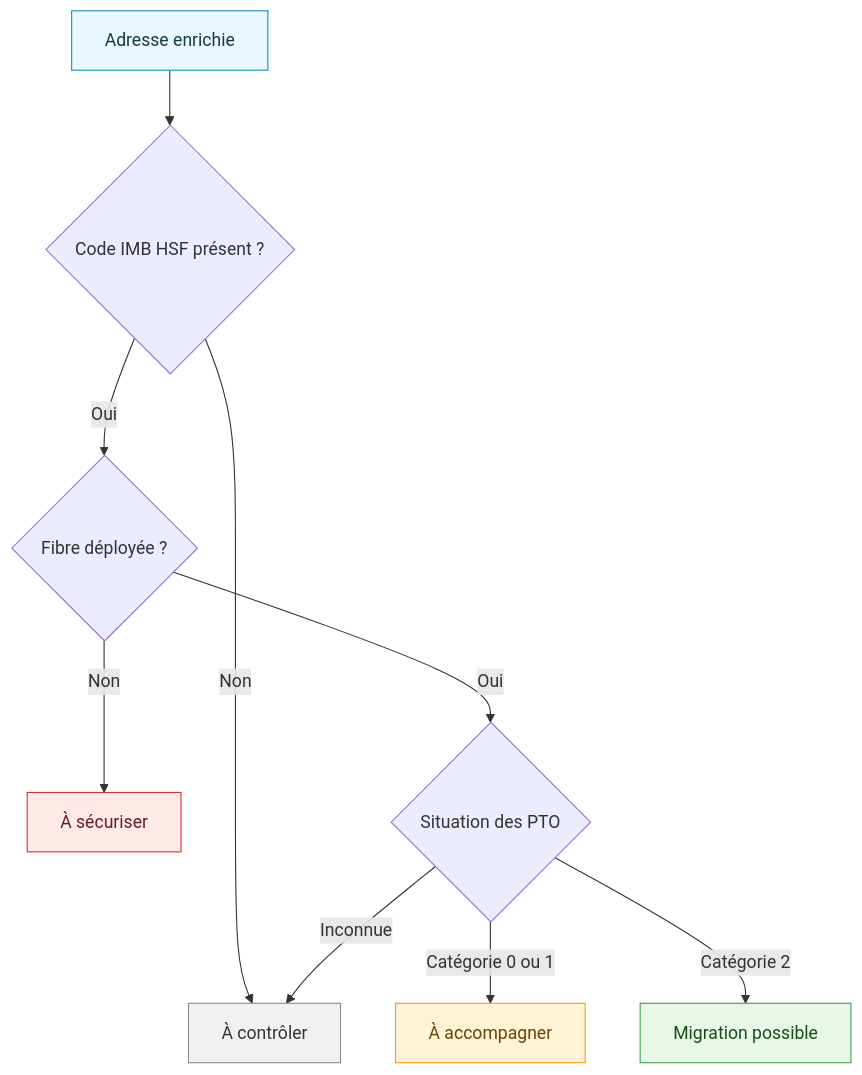
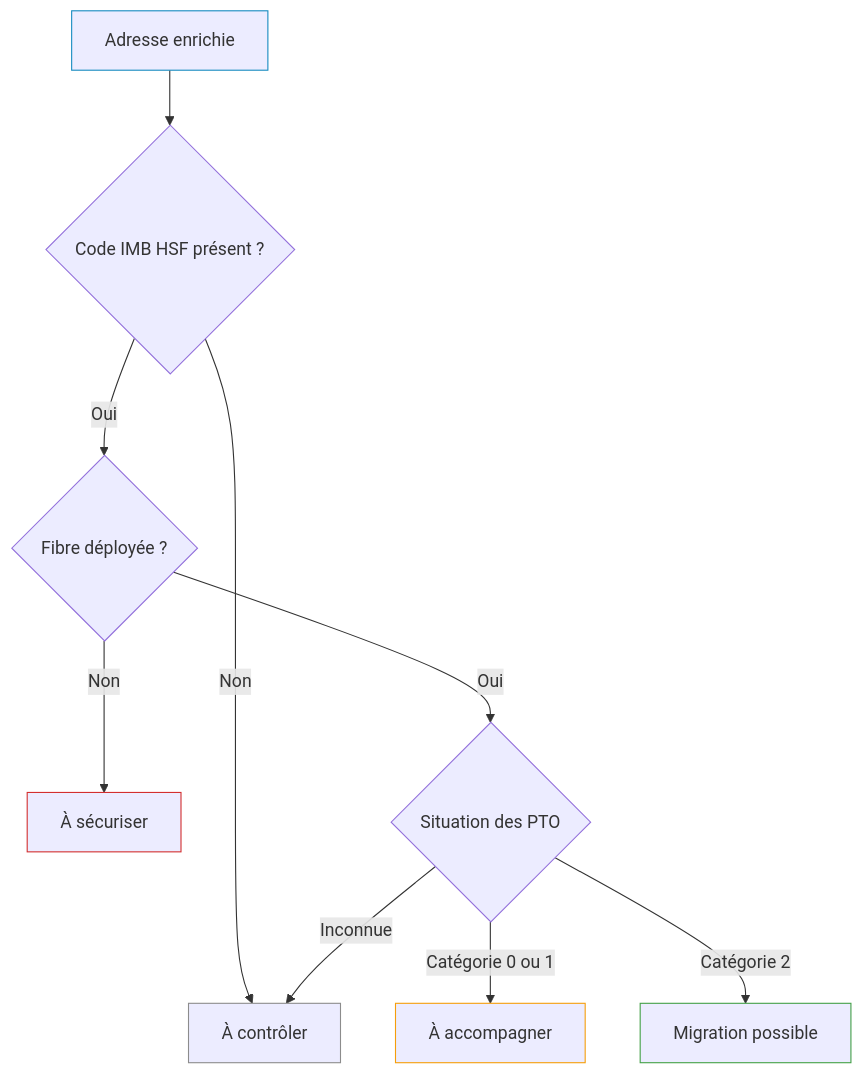
One commit to erw-1/hsn-docs changed the third of 3 diagrams in content/portable.md. Above: the diagram before and after it, drawn with Mermaid. The commit also changed other lines of this file and 2 other files, not shown here.

````diff
--- a/content/portable.md
+++ b/content/portable.md
@@ -310,26 +310,26 @@
 ```mermaid
 flowchart TD
     A["Adresse enrichie"] --> B{"Code IMB HSF présent ?"}
 
     B -- Non --> C["À contrôler"]
     B -- Oui --> D{"Fibre déployée ?"}
 
     D -- Non --> E["À sécuriser"]
     D -- Oui --> F{"Situation des PTO"}
 
     F -- "Catégorie 0 ou 1" --> G["À accompagner"]
     F -- "Catégorie 2" --> H["Migration possible"]
     F -- "Inconnue" --> C
 
-    classDef sourceHsf fill:#eaf8ff,stroke:#168bc0,color:#123849
-    classDef control fill:#f1f1f1,stroke:#8c8c8c,color:#333333
-    classDef secure fill:#ffe9e9,stroke:#d32f2f,color:#641e1e
-    classDef accompany fill:#fff3d6,stroke:#f59e0b,color:#684500
-    classDef possible fill:#e8f7e8,stroke:#43a047,color:#174d17
+    classDef sourceHsf stroke:#168bc0
+    classDef control stroke:#8c8c8c
+    classDef secure stroke:#d32f2f
+    classDef accompany stroke:#f59e0b
+    classDef possible stroke:#43a047
 
     class A sourceHsf
     class C control
     class E secure
     class G accompany
     class H possible
 ```
````
